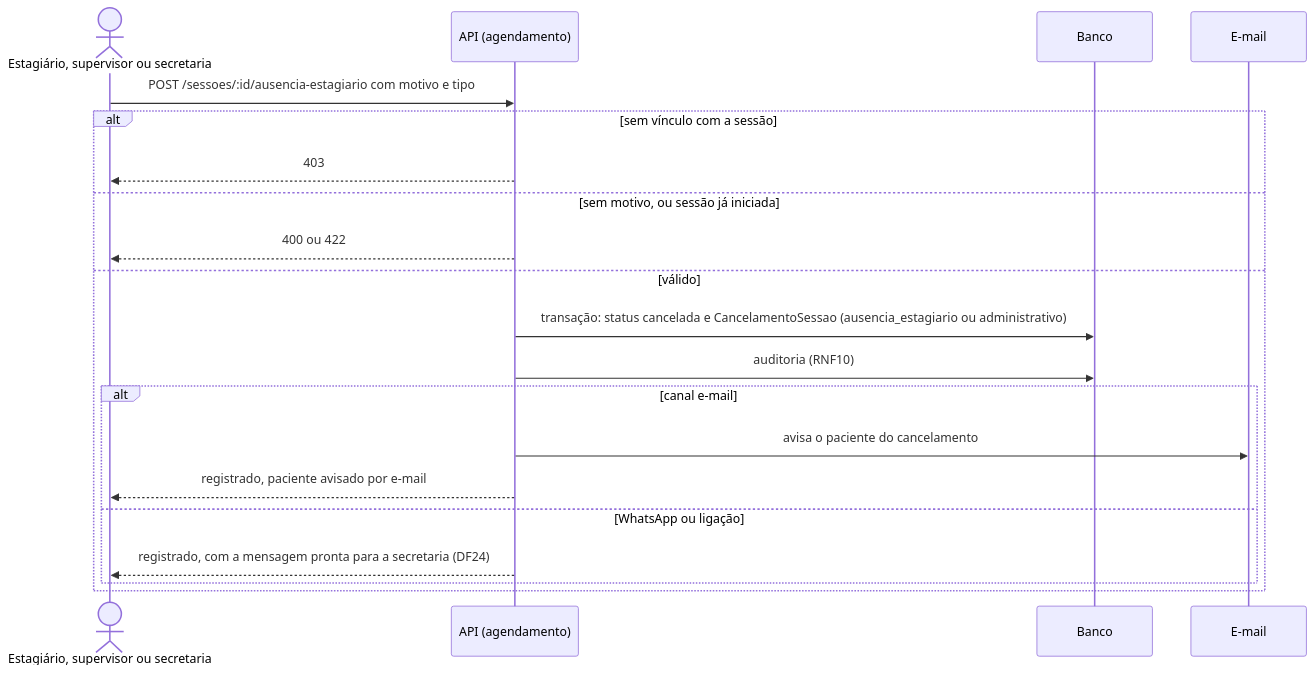
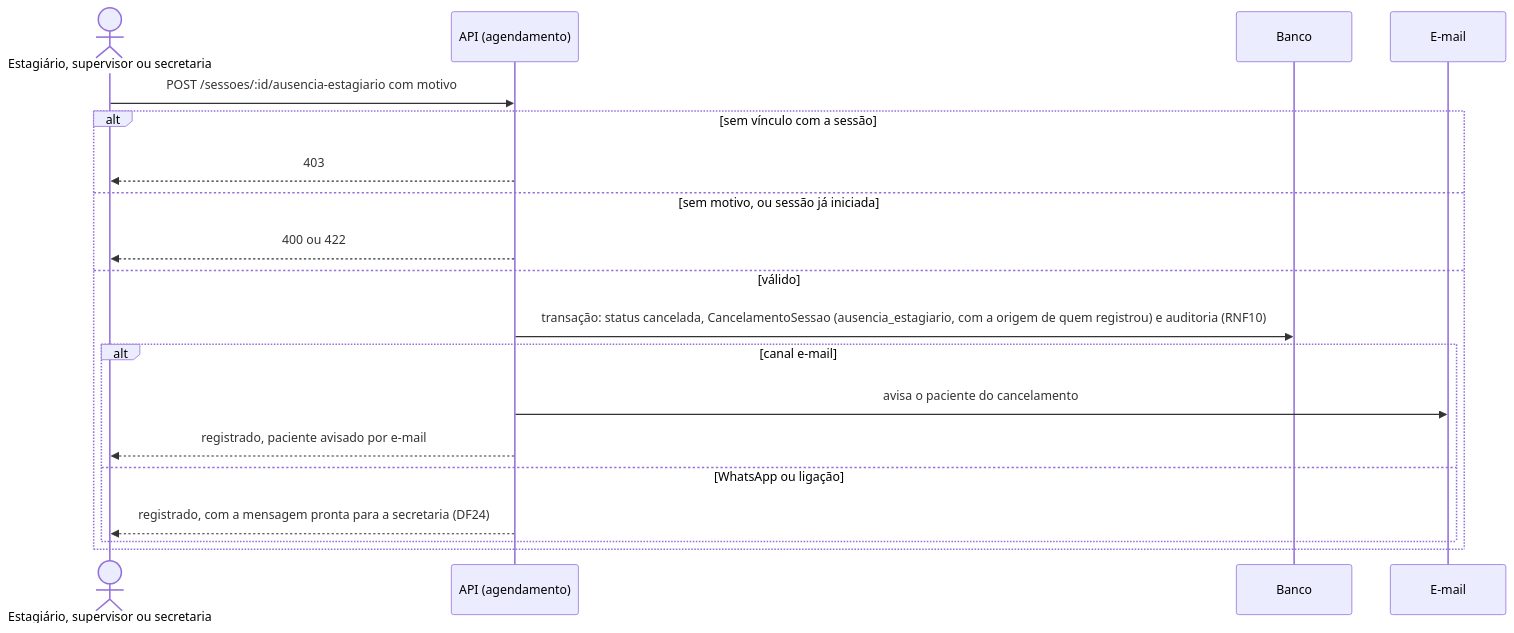
Diagram 11 of 24 in documentacao/docs/unidade-3/projeto-features-ciclo-4.md (mdsreq-fga-unb/REQ-2026.2-T02-ClinicaEscolaFBr), drawn with Mermaid before and after one commit. The commit also changed other lines of this file and 3 other files, not shown here.

````diff
--- a/documentacao/docs/unidade-3/projeto-features-ciclo-4.md
+++ b/documentacao/docs/unidade-3/projeto-features-ciclo-4.md
@@ -468,22 +480,21 @@
 ```mermaid
 sequenceDiagram
     actor U as Estagiário, supervisor ou secretaria
     participant A as API (agendamento)
     participant DB as Banco
     participant M as E-mail
-    U->>A: POST /sessoes/:id/ausencia-estagiario com motivo e tipo
+    U->>A: POST /sessoes/:id/ausencia-estagiario com motivo
     alt sem vínculo com a sessão
         A-->>U: 403
     else sem motivo, ou sessão já iniciada
         A-->>U: 400 ou 422
     else válido
-        A->>DB: transação: status cancelada e CancelamentoSessao (ausencia_estagiario ou administrativo)
-        A->>DB: auditoria (RNF10)
+        A->>DB: transação: status cancelada, CancelamentoSessao (ausencia_estagiario, com a origem de quem registrou) e auditoria (RNF10)
         alt canal e-mail
             A->>M: avisa o paciente do cancelamento
             A-->>U: registrado, paciente avisado por e-mail
         else WhatsApp ou ligação
             A-->>U: registrado, com a mensagem pronta para a secretaria (DF24)
         end
     end
 ```
````
